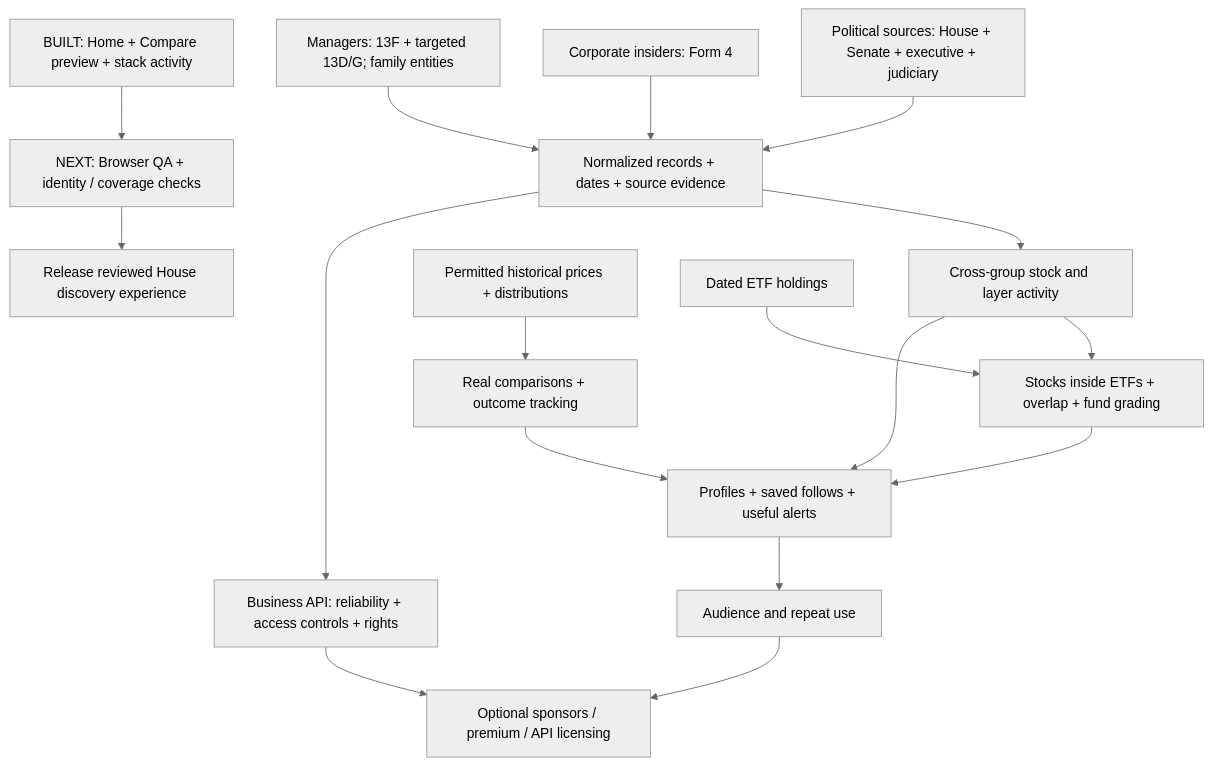
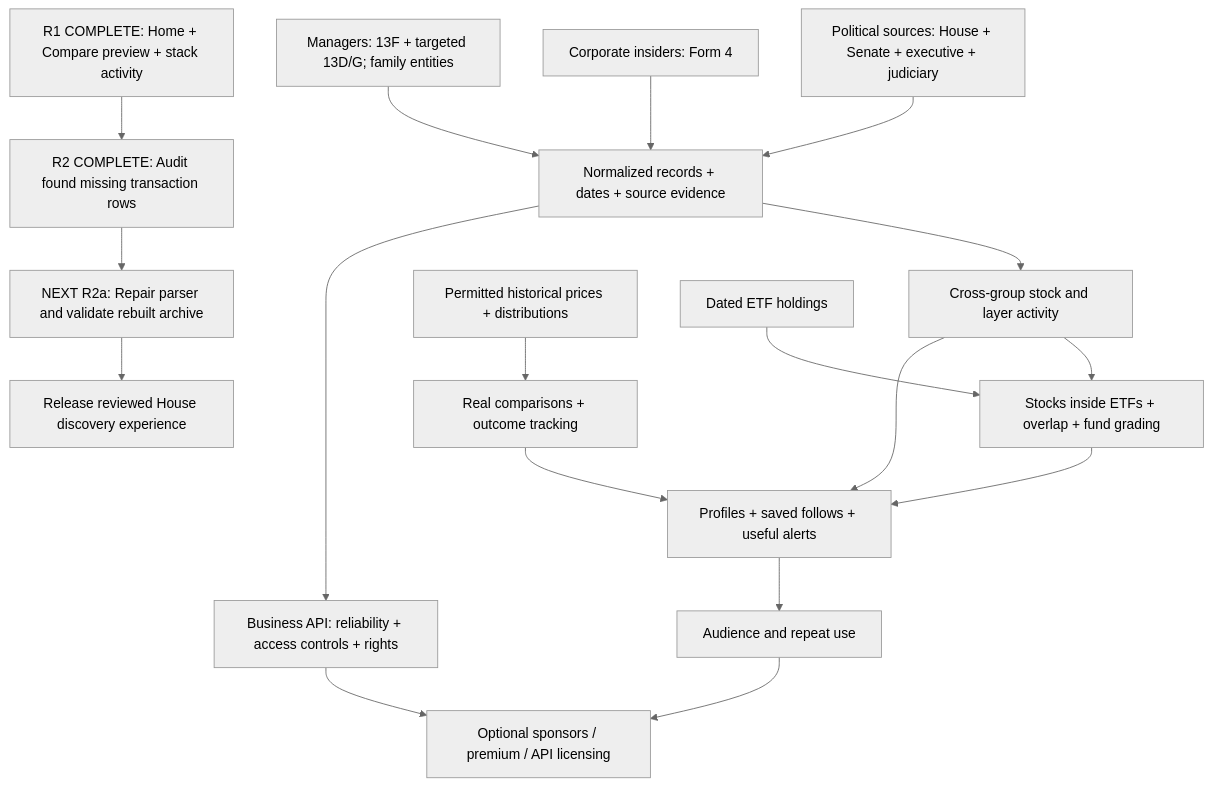
One commit to tLordJoe/intelligence-trade changed the diagram in docs/OUTFOX_BUILD_ROADMAP.md. Above: the diagram before and after it, drawn with Mermaid (neutral theme). The commit also changed other lines of this file and 11 other files, not shown here.

Commit message:
Complete R2 House coverage audit and block silent partial parses

````diff
--- a/docs/OUTFOX_BUILD_ROADMAP.md
+++ b/docs/OUTFOX_BUILD_ROADMAP.md
@@ -31,19 +33,20 @@
 ```mermaid
 flowchart TD
-  A[BUILT: Home + Compare preview + stack activity] --> B[NEXT: Browser QA + identity / coverage checks]
-  B --> C[Release reviewed House discovery experience]
+  A[R1 COMPLETE: Home + Compare preview + stack activity] --> B[R2 COMPLETE: Audit found missing transaction rows]
+  B --> Q[NEXT R2a: Repair parser and validate rebuilt archive]
+  Q --> C[Release reviewed House discovery experience]
   D[Political sources: House + Senate + executive + judiciary] --> G[Normalized records + dates + source evidence]
   E[Corporate insiders: Form 4] --> G
   F[Managers: 13F + targeted 13D/G; family entities] --> G
   G --> H[Cross-group stock and layer activity]
   I[Permitted historical prices + distributions] --> J[Real comparisons + outcome tracking]
   K[Dated ETF holdings] --> L[Stocks inside ETFs + overlap + fund grading]
   H --> L
   H --> M[Profiles + saved follows + useful alerts]
   J --> M
   L --> M
   M --> N[Audience and repeat use]
   G --> O[Business API: reliability + access controls + rights]
   N --> P[Optional sponsors / premium / API licensing]
   O --> P
 ```
````
